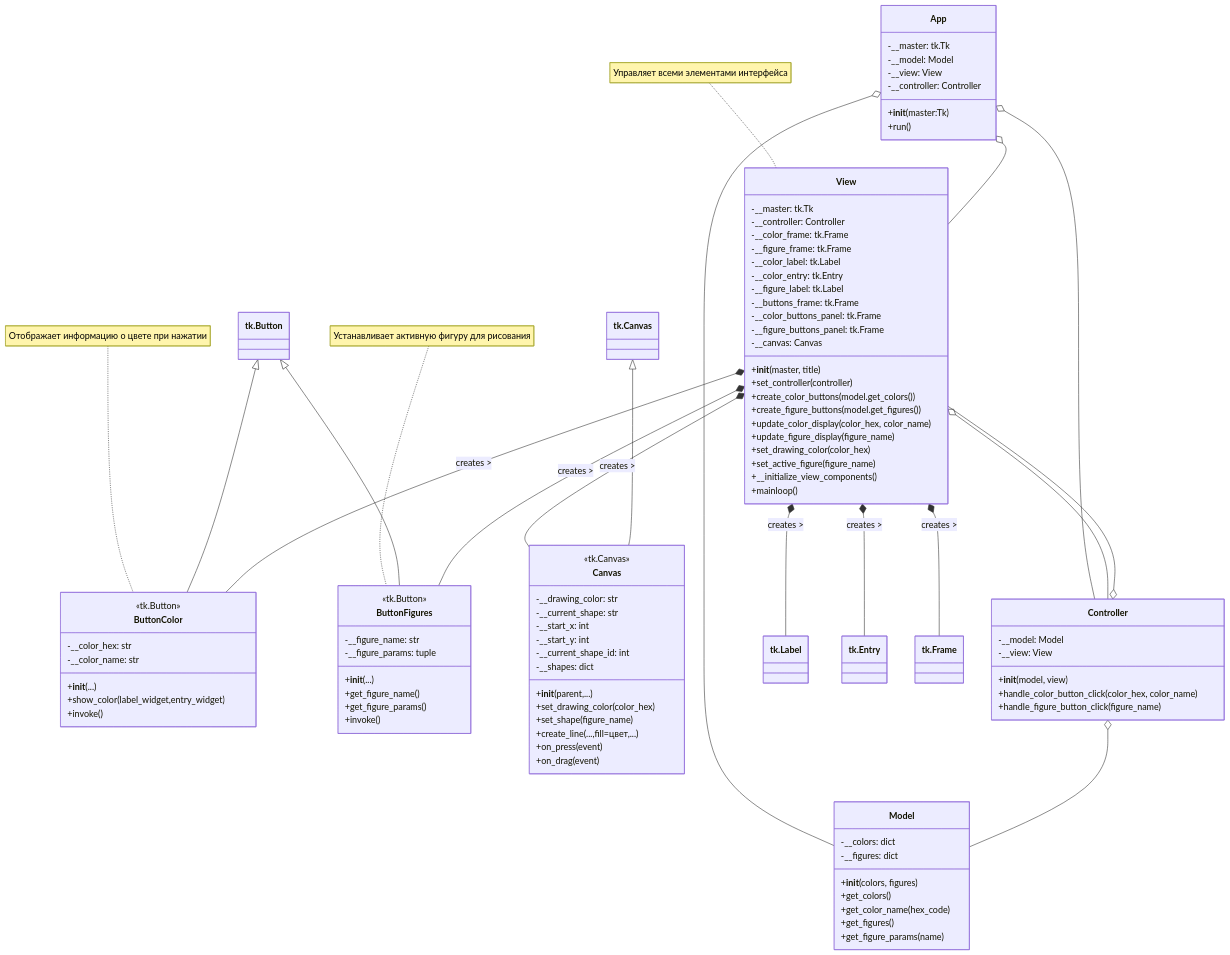
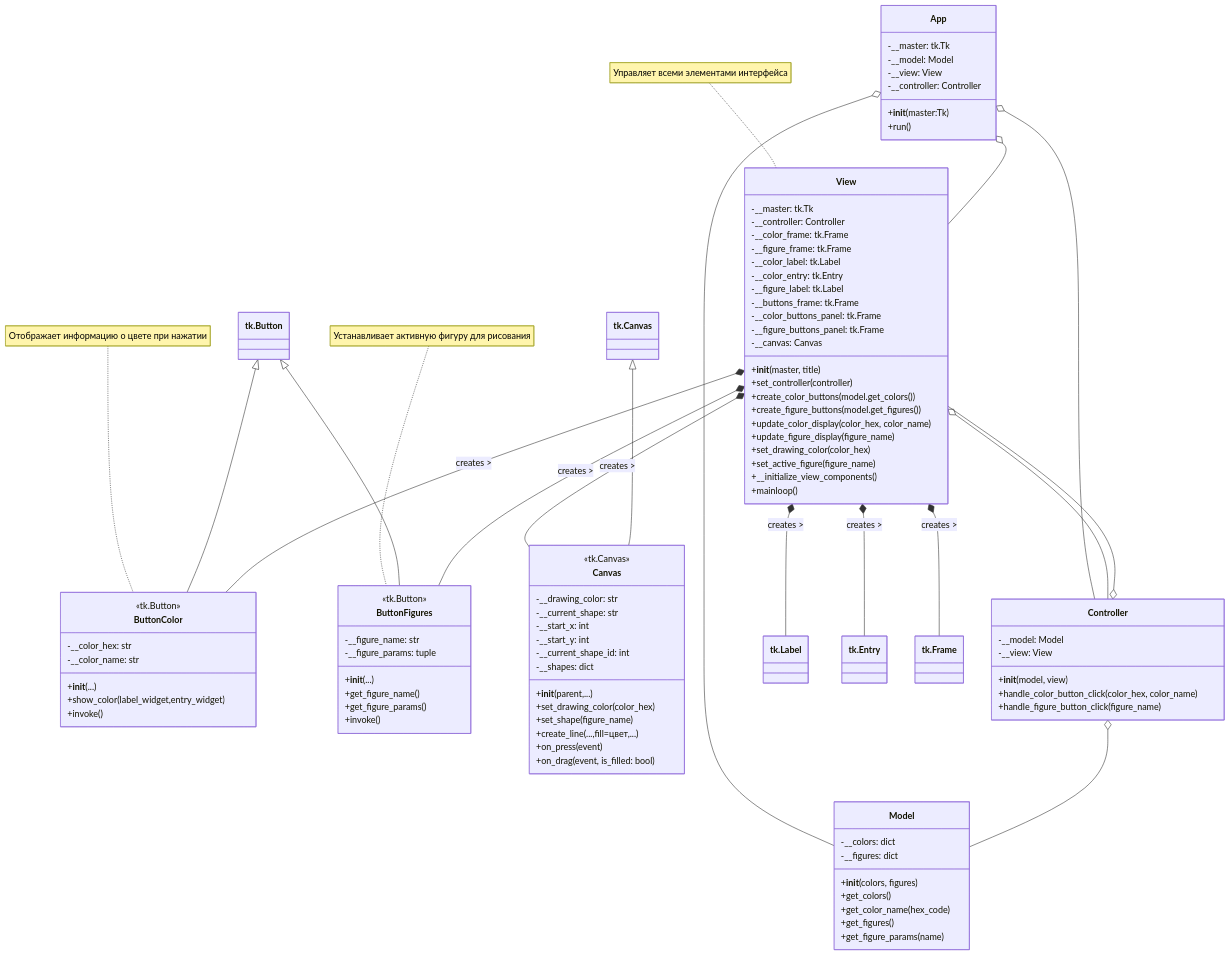
The diagram in app/app_rainbow_1,5/uml/app_rainbow_mvc_class_diagram.md (future-username/Learn_Python), drawn with Mermaid before and after one commit. The commit also changed 3 other files, not shown here.

First line of the commit message:
feat: update canvas drag handler and add sequence diagram docs

```diff
--- a/app/app_rainbow_1,5/uml/app_rainbow_mvc_class_diagram.md
+++ b/app/app_rainbow_1,5/uml/app_rainbow_mvc_class_diagram.md
@@ -66,7 +66,7 @@
         +set_shape(figure_name)
         +create_line(...,fill=цвет,...)
         +on_press(event)
-        +on_drag(event)
+        +on_drag(event, is_filled: bool)
     }
 
     class Controller {
```
